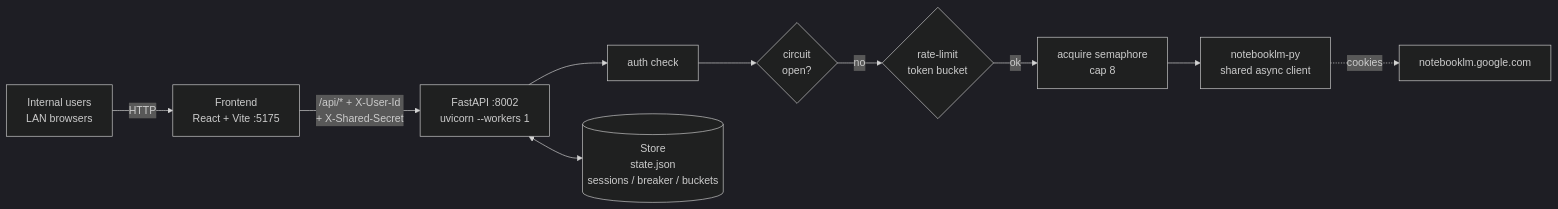
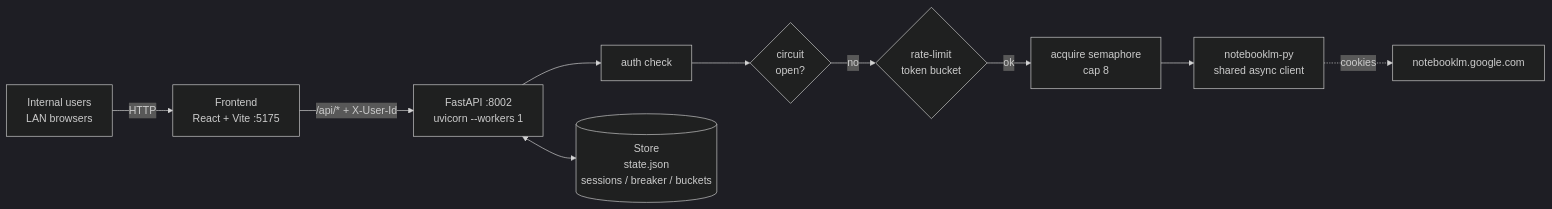
The first of 3 diagrams in README.md (r04943083/notebooklm-bridge), drawn with Mermaid (dark theme) before and after one commit. The commit also changed other lines of this file and 19 other files, not shown here.

First line of the commit message:
release v1.0.3:取消 X-Shared-Secret 验证

````diff
--- a/README.md
+++ b/README.md
@@ -64,12 +64,12 @@
 ```mermaid
 flowchart LR
     U[Internal users<br/>LAN browsers] -- HTTP --> FE[Frontend<br/>React + Vite :5175]
-    FE -- "/api/* + X-User-Id<br/>+ X-Shared-Secret" --> BE[FastAPI :8002<br/>uvicorn --workers 1]
+    FE -- "/api/* + X-User-Id" --> BE[FastAPI :8002<br/>uvicorn --workers 1]
     BE --> A[auth check]
     A --> CB{circuit<br/>open?}
     CB -- no --> RL{rate-limit<br/>token bucket}
     RL -- ok --> SEM[acquire semaphore<br/>cap 8]
     SEM --> NLP[notebooklm-py<br/>shared async client]
     NLP -.->|cookies| G[notebooklm.google.com]
     BE <--> STORE[("Store<br/>state.json<br/>sessions / breaker / buckets")]
 ```
````
